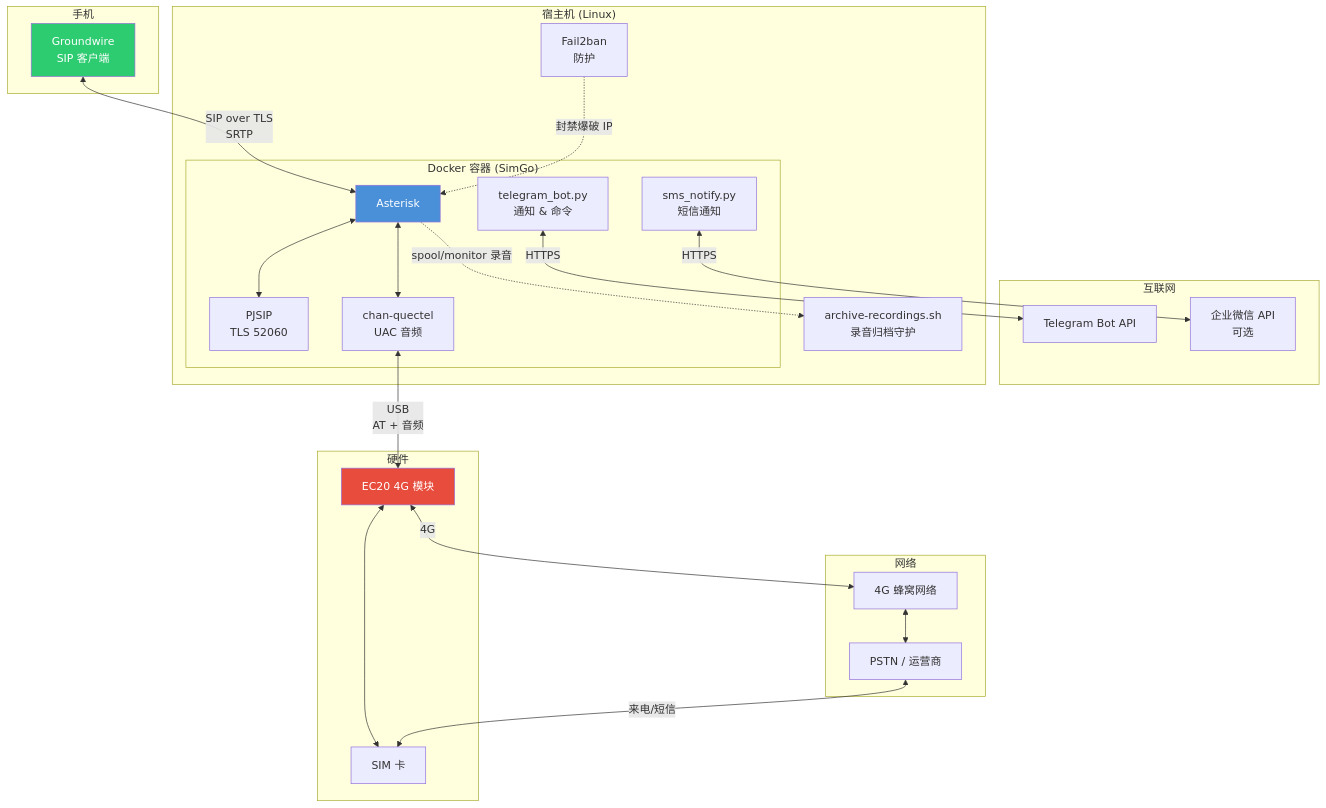
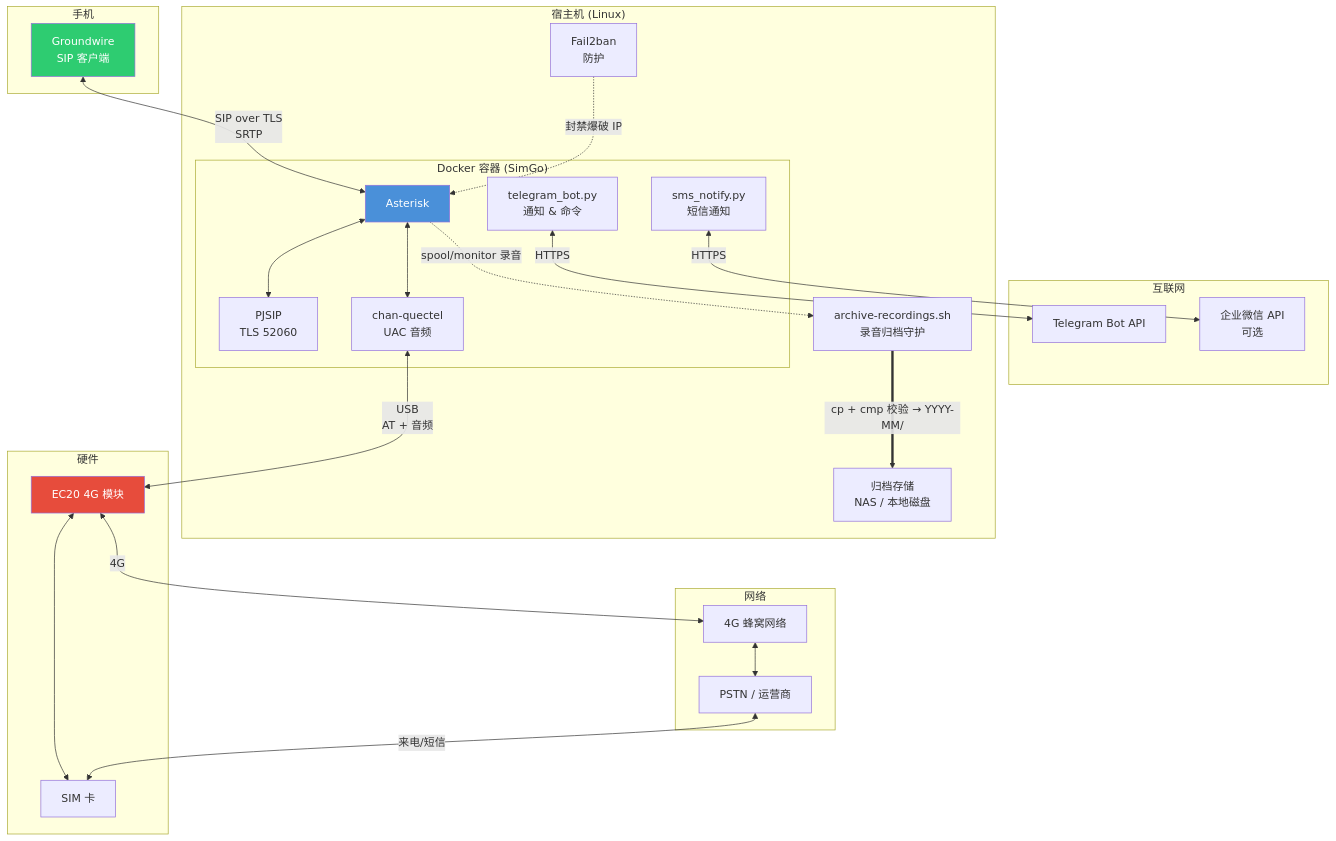
One commit to myleo1/SimGo changed the diagram in README.md. Above: the diagram before and after it, drawn with Mermaid. The commit also changed other lines of this file and 1 other file, not shown here.

Commit message:
docs: recording feature intro, archive-storage in diagram, DuckDNS prerequisite

````diff
--- a/README.md
+++ b/README.md
@@ -45,50 +54,52 @@
 ```mermaid
 graph TB
     subgraph "手机"
         GW[Groundwire<br/>SIP 客户端]
     end
 
     subgraph "互联网"
         TG[Telegram Bot API]
         WX[企业微信 API<br/>可选]
     end
 
     subgraph "宿主机 (Linux)"
         subgraph "Docker 容器 (SimGo)"
             AS[Asterisk]
             PS[PJSIP<br/>TLS 52060]
             QC[chan-quectel<br/>UAC 音频]
             BOT[telegram_bot.py<br/>通知 & 命令]
             SMS[sms_notify.py<br/>短信通知]
         end
         F2B[Fail2ban<br/>防护]
         ARC[archive-recordings.sh<br/>录音归档守护]
+        NASD[归档存储<br/>NAS / 本地磁盘]
     end
 
     subgraph "硬件"
         EC20[EC20 4G 模块]
         SIM[SIM 卡]
     end
 
     subgraph "网络"
         4G[4G 蜂窝网络]
         PSTN[PSTN / 运营商]
     end
 
     GW <-->|"SIP over TLS<br/>SRTP"| AS
     AS <--> PS
     AS <--> QC
     BOT <-->|"HTTPS"| TG
     SMS <-->|"HTTPS"| WX
     QC <-->|"USB<br/>AT + 音频"| EC20
     EC20 <--> SIM
     EC20 <-->|"4G"| 4G
     4G <--> PSTN
     PSTN <-->|"来电/短信"| SIM
     F2B -.->|"封禁爆破 IP"| AS
     AS -.->|"spool/monitor 录音"| ARC
+    ARC ==>|"cp + cmp 校验 → YYYY-MM/"| NASD
 
     style AS fill:#4a90d9,color:#fff
     style EC20 fill:#e74c3c,color:#fff
     style GW fill:#2ecc71,color:#fff
 ```
````
